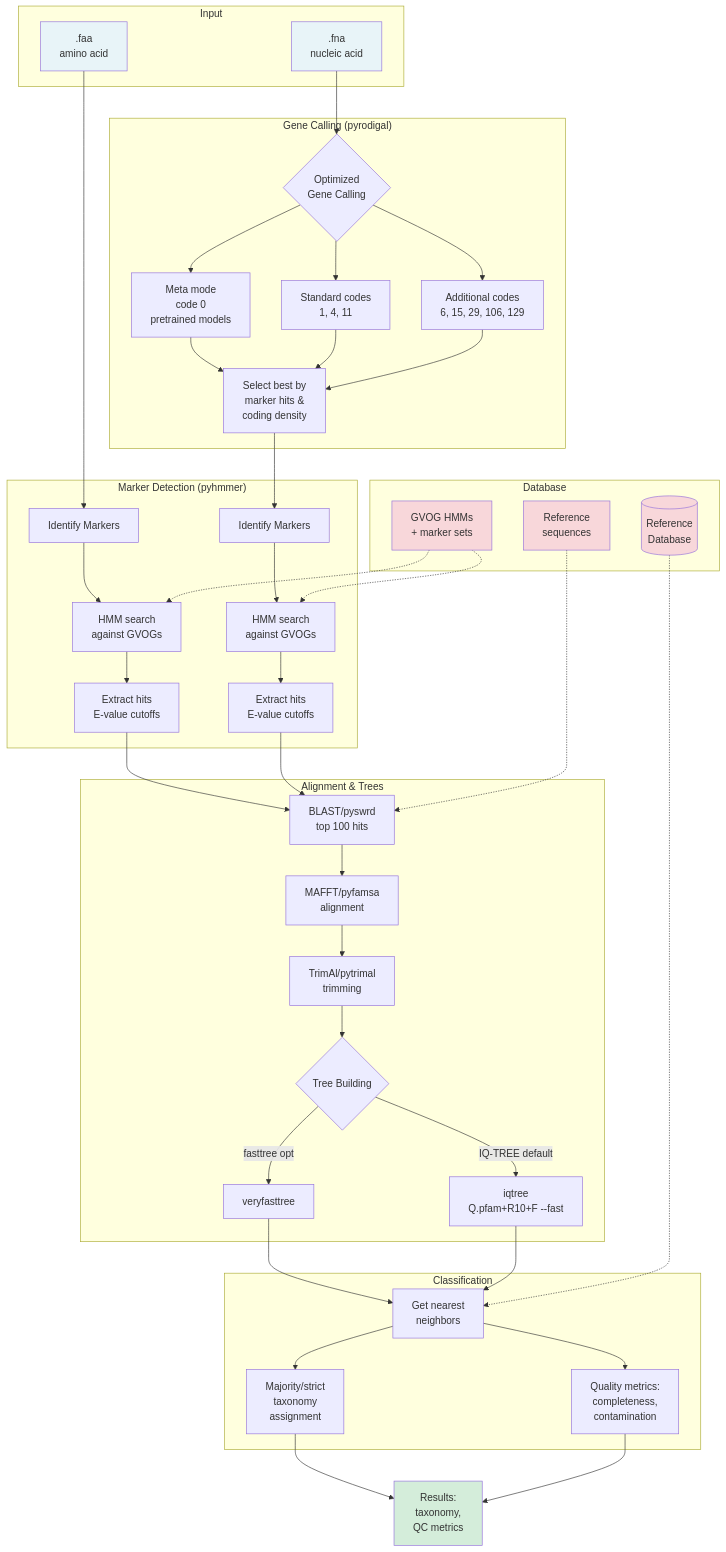
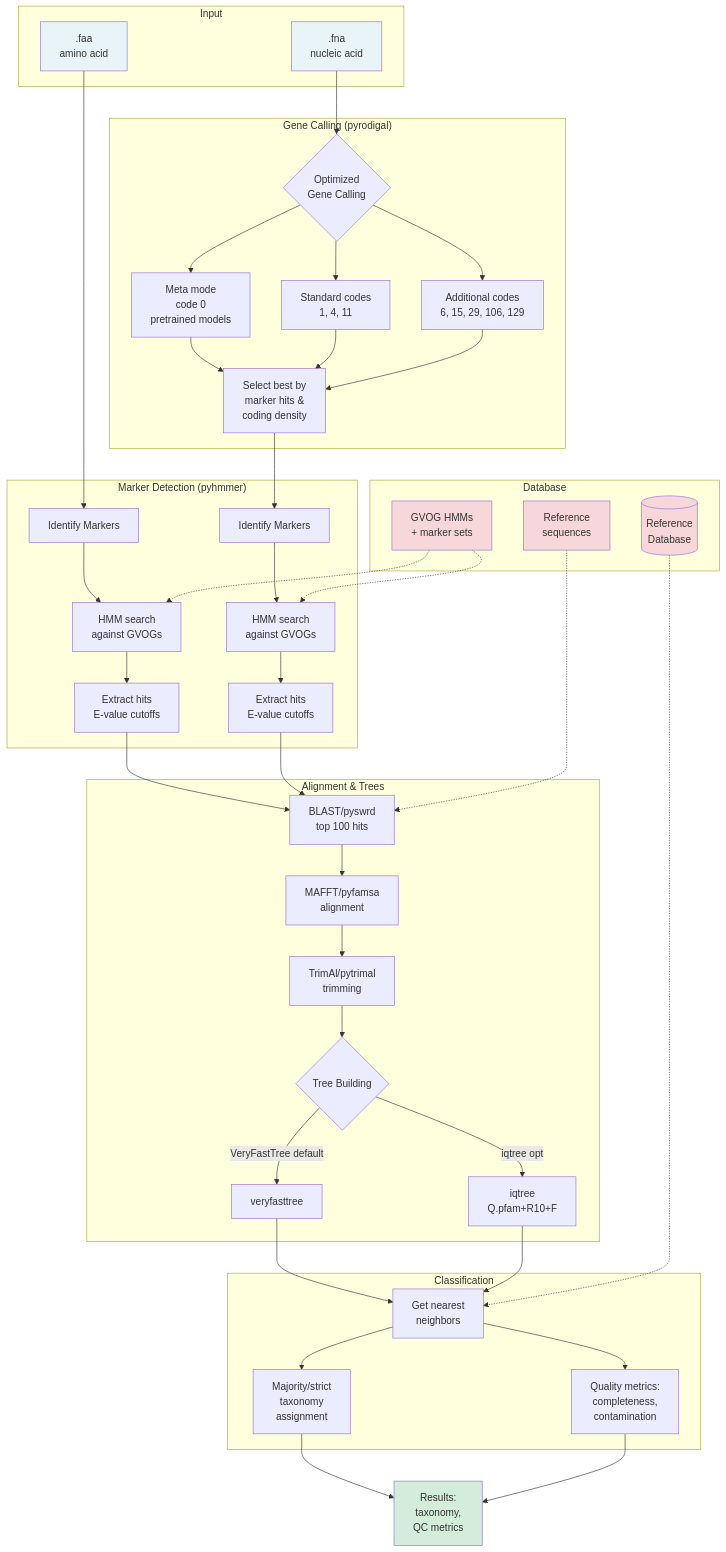
Before and after one commit to NeLLi-team/gvclass: the diagram in README.md, drawn with Mermaid. The commit also changed other lines of this file and 14 other files, not shown here.

First line of the commit message:
fix(trees,db): default to VeryFastTree (IQ-TREE opt-in) and auto-update DB on version bump

````diff
--- a/README.md
+++ b/README.md
@@ -509,68 +509,68 @@
 ```mermaid
 flowchart TD
     subgraph Input
         FNA[".fna<br/>nucleic acid"]
         FAA[".faa<br/>amino acid"]
     end
     
     subgraph Database
         DB[(Reference<br/>Database)]
         MODELS[GVOG HMMs<br/>+ marker sets]
         REF[Reference<br/>sequences]
     end
     
     FNA --> OPGC{Optimized<br/>Gene Calling}
     FAA --> ID1[Identify Markers]
     
     subgraph "Gene Calling (pyrodigal)"
         OPGC --> META[Meta mode<br/>code 0<br/>pretrained models]
         OPGC --> STD[Standard codes<br/>1, 4, 11]
         OPGC --> ADD[Additional codes<br/>6, 15, 29, 106, 129]
         META --> RANK[Select best by<br/>marker hits &<br/>coding density]
         STD --> RANK
         ADD --> RANK
     end
     
     RANK --> ID2[Identify Markers]
     
     subgraph "Marker Detection (pyhmmer)"
         ID1 --> HMM1[HMM search<br/>against GVOGs]
         ID2 --> HMM2[HMM search<br/>against GVOGs]
         HMM1 --> HITS1[Extract hits<br/>E-value cutoffs]
         HMM2 --> HITS2[Extract hits<br/>E-value cutoffs]
     end
     
     HITS1 --> BLAST[BLAST/pyswrd<br/>top 100 hits]
     HITS2 --> BLAST
     
     subgraph "Alignment & Trees"
         BLAST --> ALIGN[MAFFT/pyfamsa<br/>alignment]
         ALIGN --> TRIM[TrimAl/pytrimal<br/>trimming]
         TRIM --> TREE{Tree Building}
-        TREE -->|IQ-TREE default| IQ[iqtree<br/>Q.pfam+R10+F --fast]
-        TREE -->|fasttree opt| FT[veryfasttree]
+        TREE -->|VeryFastTree default| FT[veryfasttree]
+        TREE -->|iqtree opt| IQ[iqtree<br/>Q.pfam+R10+F]
     end
     
     FT --> NN[Get nearest<br/>neighbors]
     IQ --> NN
     
     subgraph "Classification"
         NN --> TAX[Majority/strict<br/>taxonomy<br/>assignment]
         NN --> QC[Quality metrics:<br/>completeness,<br/>contamination]
     end
     
     TAX --> OUT[Results:<br/>taxonomy,<br/>QC metrics]
     QC --> OUT
     
     MODELS -.-> HMM1
     MODELS -.-> HMM2
     REF -.-> BLAST
     DB -.-> NN
     
     style FNA fill:#e8f4f8
     style FAA fill:#e8f4f8
     style OUT fill:#d4edda
     style DB fill:#f8d7da
     style MODELS fill:#f8d7da
     style REF fill:#f8d7da
 ```
````
